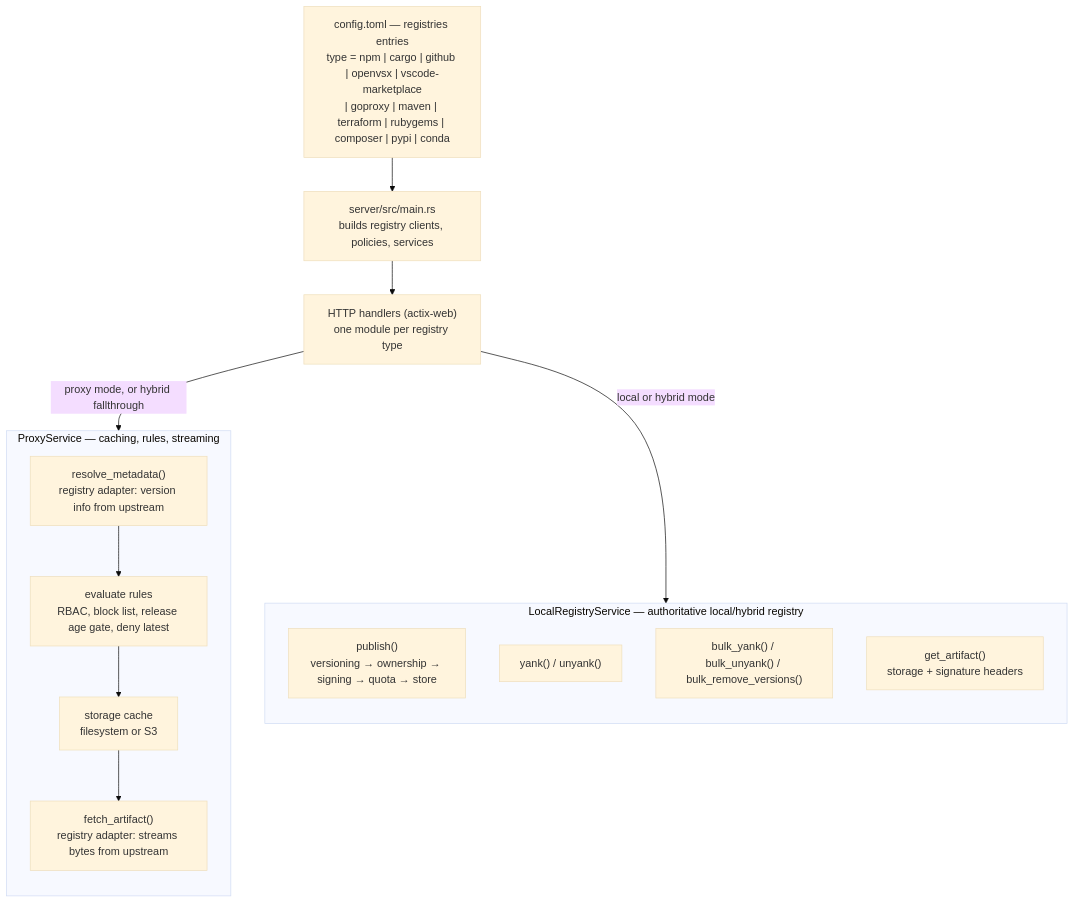
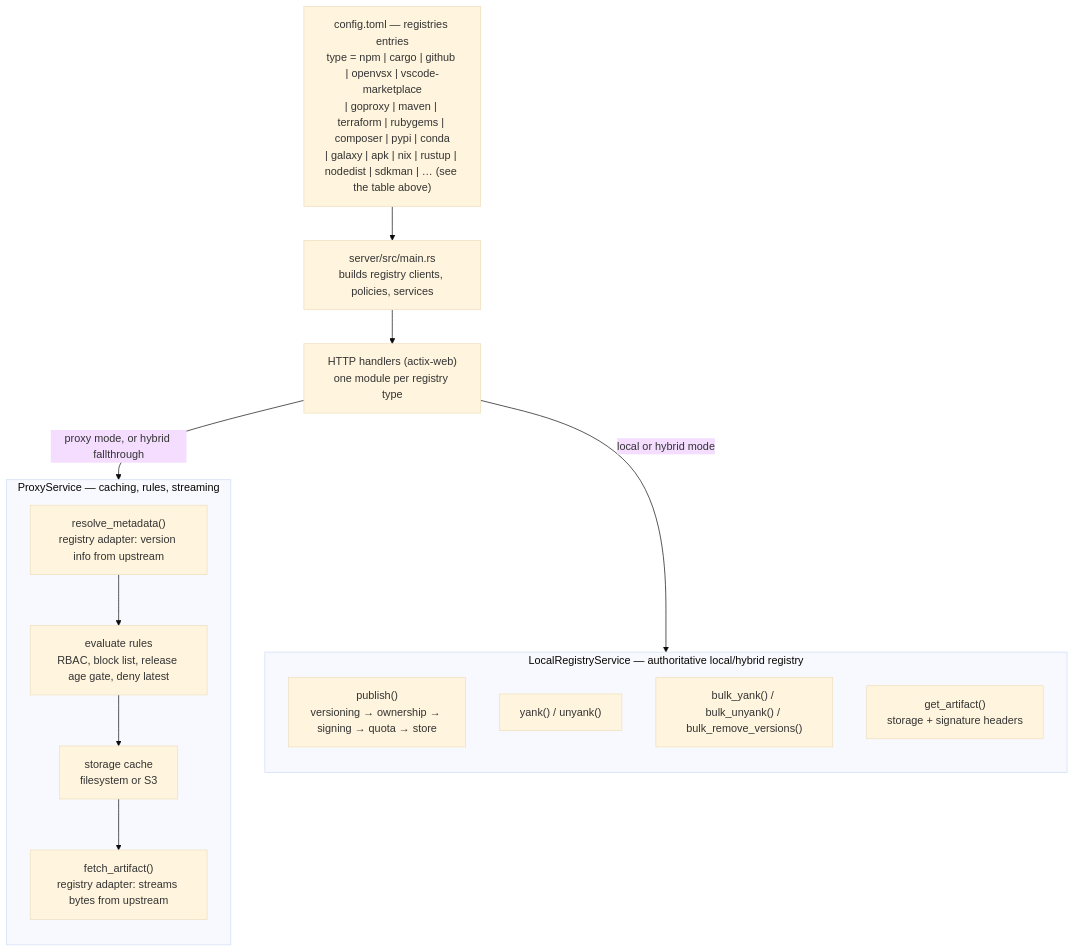
One commit to batlehub/batlehub changed the diagram in README.md. Above: the diagram before and after it, drawn with Mermaid (base theme). The commit also changed other lines of this file and 15 other files, not shown here.

````diff
--- a/README.md
+++ b/README.md
@@ -390,28 +404,28 @@
 ```mermaid
 flowchart TD
-  CFG["config.toml — registries entries<br>type = npm | cargo | github | openvsx | vscode-marketplace<br>| goproxy | maven | terraform | rubygems | composer | pypi | conda"]
+  CFG["config.toml — registries entries<br>type = npm | cargo | github | openvsx | vscode-marketplace<br>| goproxy | maven | terraform | rubygems | composer | pypi | conda<br>| galaxy | apk | nix | rustup | nodedist | sdkman | … (see the table above)"]
   MAIN["server/src/main.rs<br>builds registry clients, policies, services"]
   HTTP["HTTP handlers (actix-web)<br>one module per registry type"]
 
   CFG --> MAIN --> HTTP
 
   HTTP -->|"proxy mode, or hybrid fallthrough"| proxy
   HTTP -->|"local or hybrid mode"| local
 
   subgraph proxy["ProxyService — caching, rules, streaming"]
     direction TB
     PM["resolve_metadata()<br>registry adapter: version info from upstream"]
     PR["evaluate rules<br>RBAC, block list, release age gate, deny latest"]
     PC["storage cache<br>filesystem or S3"]
     PF["fetch_artifact()<br>registry adapter: streams bytes from upstream"]
     PM --> PR --> PC --> PF
   end
 
   subgraph local["LocalRegistryService — authoritative local/hybrid registry"]
     direction TB
     LP["publish()<br>versioning → ownership → signing → quota → store"]
     LY["yank() / unyank()"]
     LB["bulk_yank() / bulk_unyank() / bulk_remove_versions()"]
     LG["get_artifact()<br>storage + signature headers"]
   end
 ```
````
